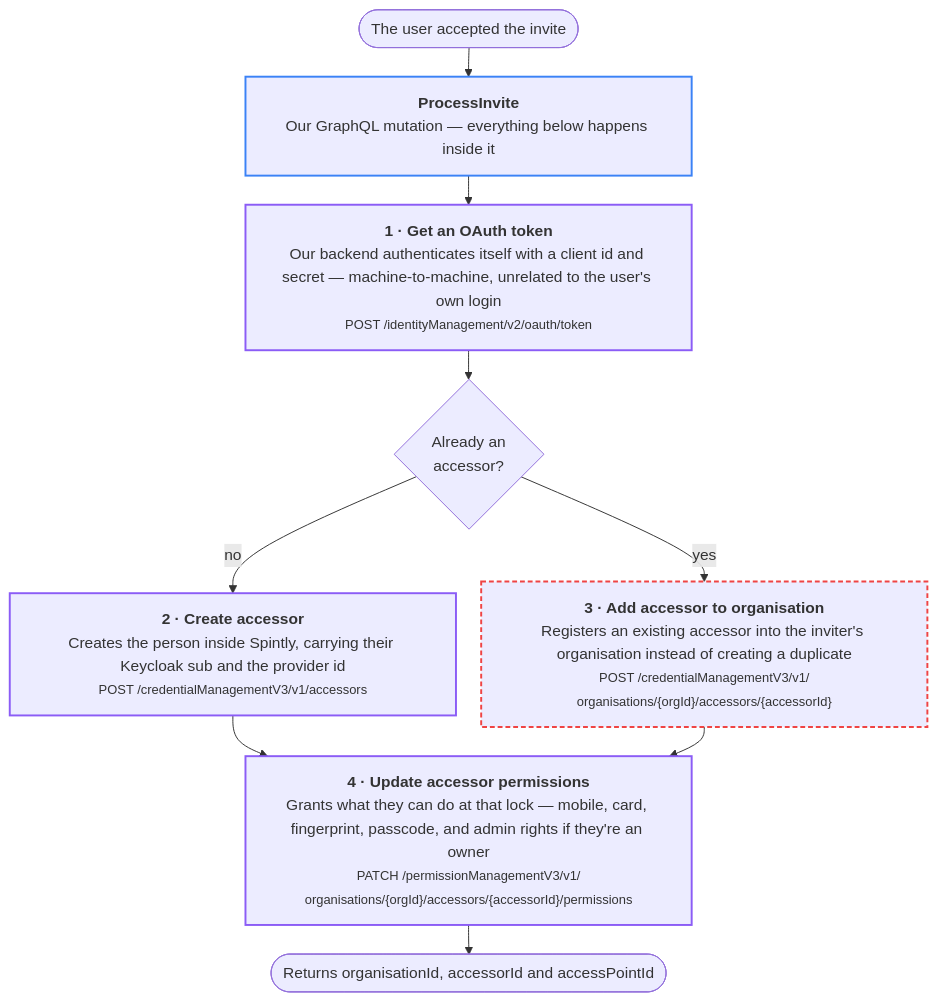
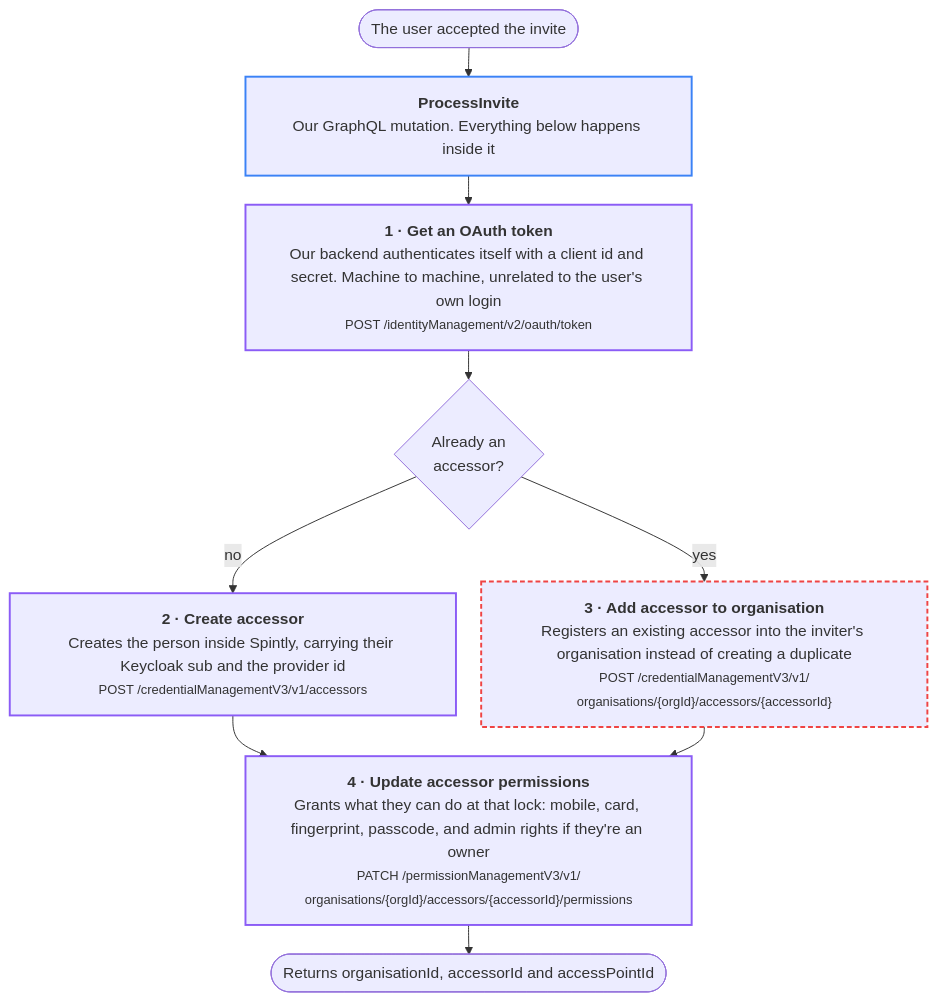
One commit to Yash-Wadatkar-Binaryveda/sdk-docs-site changed the second of 4 diagrams in docs/lock-share-invites.md. Above: the diagram before and after it, drawn with Mermaid. The commit also changed other lines of this file and 3 other files, not shown here.

````diff
--- a/docs/lock-share-invites.md
+++ b/docs/lock-share-invites.md
@@ -60,20 +60,20 @@
 ```mermaid
 %%{init:{"flowchart":{"wrappingWidth":400,"nodeSpacing":26,"rankSpacing":30}}}%%
 flowchart TD
     S(["The user accepted the invite"]) --> P
-    P["<b>ProcessInvite</b><br/>Our GraphQL mutation — everything below happens inside it"]
-    P --> N1["<b>1 · Get an OAuth token</b><br/>Our backend authenticates itself with a client id and secret — machine-to-machine, unrelated to the user's own login<br/><small>POST /identityManagement/v2/oauth/token</small>"]
+    P["<b>ProcessInvite</b><br/>Our GraphQL mutation. Everything below happens inside it"]
+    P --> N1["<b>1 · Get an OAuth token</b><br/>Our backend authenticates itself with a client id and secret. Machine to machine, unrelated to the user's own login<br/><small>POST /identityManagement/v2/oauth/token</small>"]
     N1 --> D{"Already an<br/>accessor?"}
     D -->|no| N2["<b>2 · Create accessor</b><br/>Creates the person inside Spintly, carrying their Keycloak sub and the provider id<br/><small>POST /credentialManagementV3/v1/accessors</small>"]
     D -->|yes| N3["<b>3 · Add accessor to organisation</b><br/>Registers an existing accessor into the inviter's organisation instead of creating a duplicate<br/><small>POST /credentialManagementV3/v1/<br/>organisations/{orgId}/accessors/{accessorId}</small>"]
     N2 --> N4
-    N3 --> N4["<b>4 · Update accessor permissions</b><br/>Grants what they can do at that lock — mobile, card, fingerprint, passcode, and admin rights if they're an owner<br/><small>PATCH /permissionManagementV3/v1/<br/>organisations/{orgId}/accessors/{accessorId}/permissions</small>"]
+    N3 --> N4["<b>4 · Update accessor permissions</b><br/>Grants what they can do at that lock: mobile, card, fingerprint, passcode, and admin rights if they're an owner<br/><small>PATCH /permissionManagementV3/v1/<br/>organisations/{orgId}/accessors/{accessorId}/permissions</small>"]
     N4 --> E(["Returns organisationId, accessorId and accessPointId"])
 
     classDef ours stroke:#3b82f6,stroke-width:2px
     classDef spintly stroke:#8b5cf6,stroke-width:2px
     classDef alt stroke:#ef4444,stroke-width:2px,stroke-dasharray:5 3
     class P ours
     class N1,N2,N4 spintly
     class N3 alt
 ```
````
